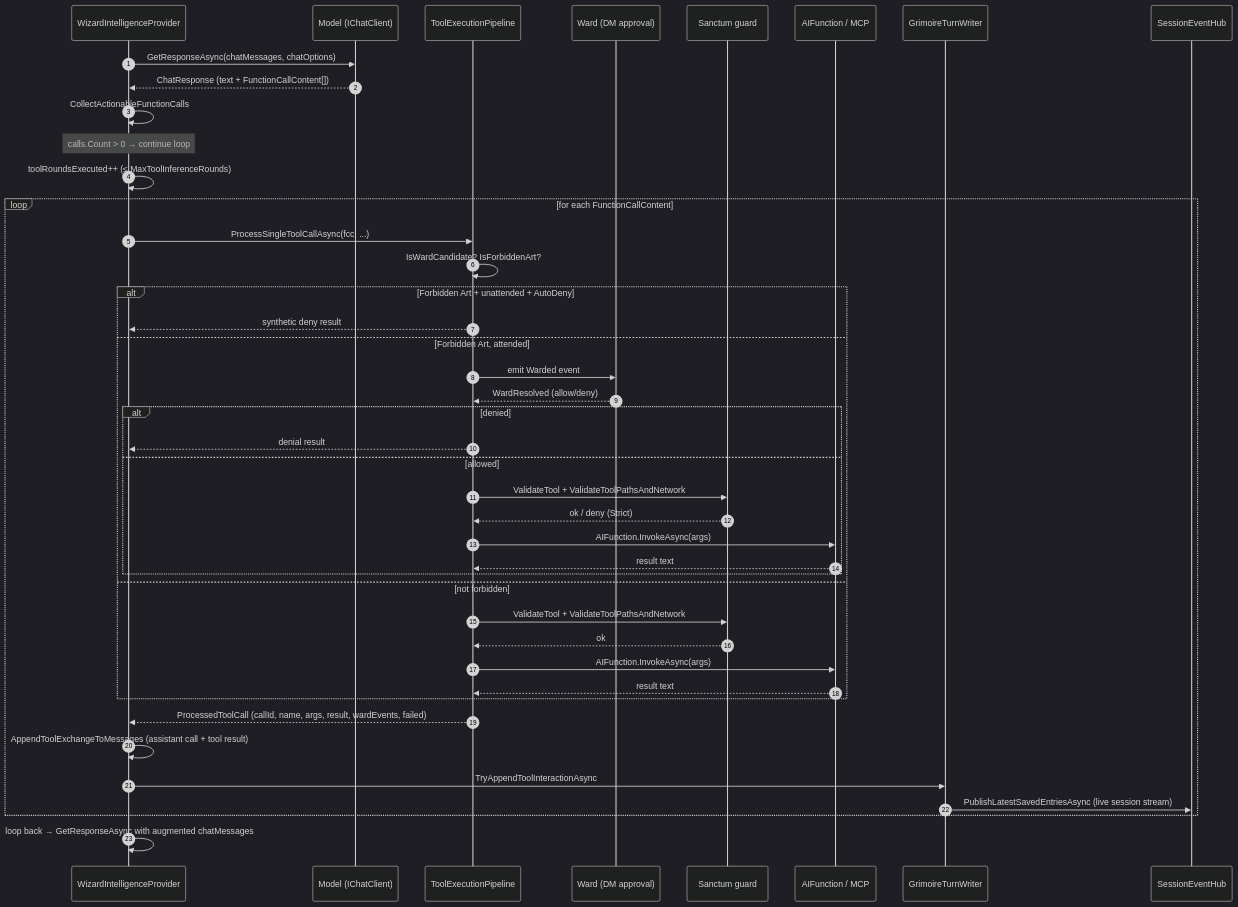
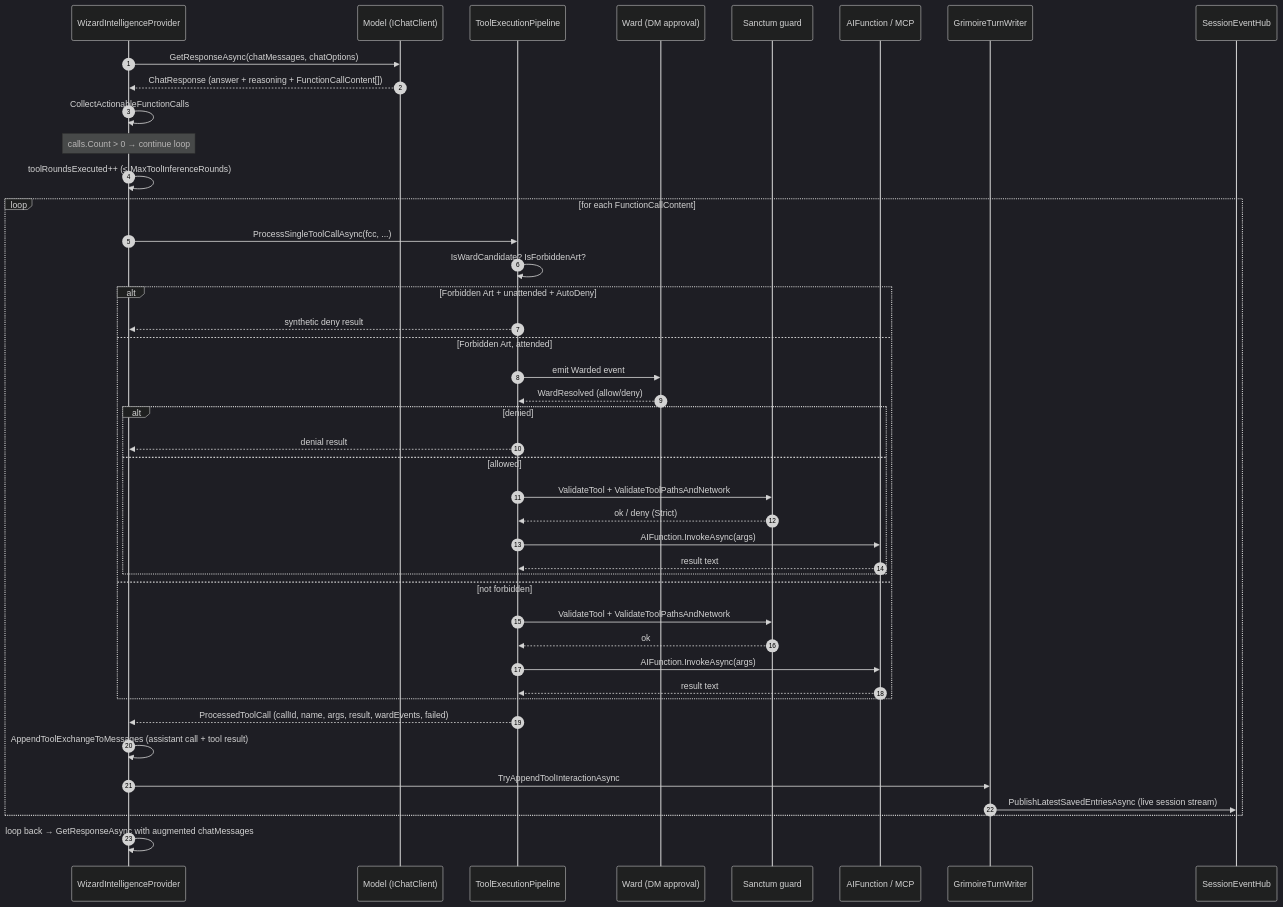
The second of 2 diagrams in docs/Arcanum.CHAT-LOOP.md (Retro-Downfall/RetroDownfall.Arcanum), drawn with Mermaid (dark theme) before and after one commit. The commit also changed other lines of this file and 231 other files, not shown here.

````diff
--- a/docs/Arcanum.CHAT-LOOP.md
+++ b/docs/Arcanum.CHAT-LOOP.md
@@ -218,48 +222,48 @@
 ```mermaid
 sequenceDiagram
     autonumber
     participant W as WizardIntelligenceProvider
     participant M as Model (IChatClient)
     participant TEP as ToolExecutionPipeline
     participant Ward as Ward (DM approval)
     participant Sanctum as Sanctum guard
     participant Tool as AIFunction / MCP
     participant G as GrimoireTurnWriter
     participant Hub as SessionEventHub
 
     W->>M: GetResponseAsync(chatMessages, chatOptions)
-    M-->>W: ChatResponse (text + FunctionCallContent[])
+    M-->>W: ChatResponse (answer + reasoning + FunctionCallContent[])
     W->>W: CollectActionableFunctionCalls
     Note over W: calls.Count > 0 → continue loop
     W->>W: toolRoundsExecuted++ (≤ MaxToolInferenceRounds)
 
     loop for each FunctionCallContent
         W->>TEP: ProcessSingleToolCallAsync(fcc, ...)
         TEP->>TEP: IsWardCandidate? IsForbiddenArt?
         alt Forbidden Art + unattended + AutoDeny
             TEP-->>W: synthetic deny result
         else Forbidden Art, attended
             TEP->>Ward: emit Warded event
             Ward-->>TEP: WardResolved (allow/deny)
             alt denied
                 TEP-->>W: denial result
             else allowed
                 TEP->>Sanctum: ValidateTool + ValidateToolPathsAndNetwork
                 Sanctum-->>TEP: ok / deny (Strict)
                 TEP->>Tool: AIFunction.InvokeAsync(args)
                 Tool-->>TEP: result text
             end
         else not forbidden
             TEP->>Sanctum: ValidateTool + ValidateToolPathsAndNetwork
             Sanctum-->>TEP: ok
             TEP->>Tool: AIFunction.InvokeAsync(args)
             Tool-->>TEP: result text
         end
         TEP-->>W: ProcessedToolCall (callId, name, args, result, wardEvents, failed)
         W->>W: AppendToolExchangeToMessages (assistant call + tool result)
         W->>G: TryAppendToolInteractionAsync
         G->>Hub: PublishLatestSavedEntriesAsync (live session stream)
     end
 
     W->>W: loop back → GetResponseAsync with augmented chatMessages
 ```
````
